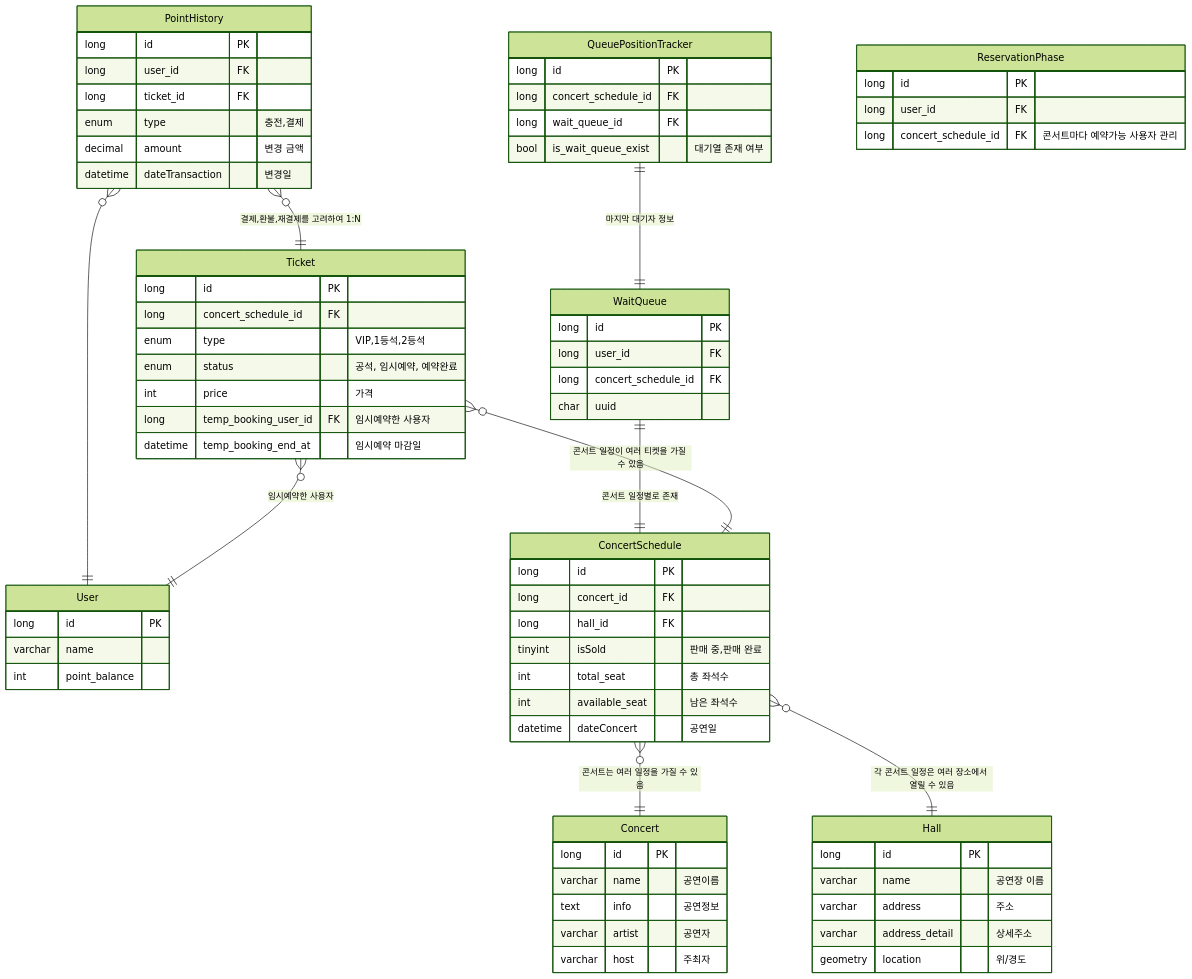
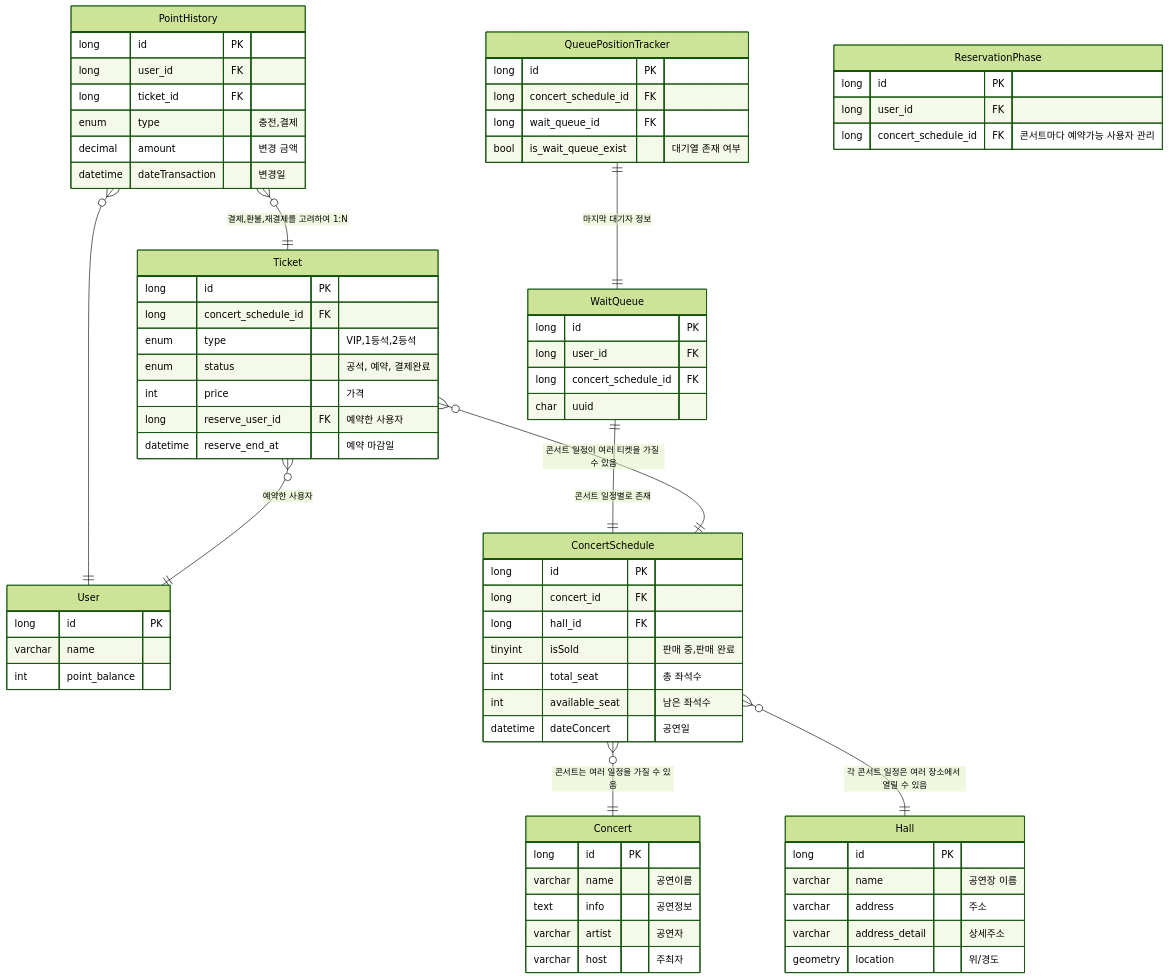
Before and after one commit to chawchaw/concert: the diagram in doc/erd.md, drawn with Mermaid (forest theme). The commit also changed other lines of this file and 14 other files, not shown here.

````diff
--- a/doc/erd.md
+++ b/doc/erd.md
@@ -46,82 +46,82 @@
 ```mermaid
 erDiagram
     User {
         long id PK
         varchar name
         int point_balance
     }
 
     PointHistory {
         long id PK
         long user_id FK
         long ticket_id FK
         enum type "충전,결제"
         decimal amount "변경 금액"
         datetime dateTransaction "변경일"
     }
     PointHistory }o--|| User : ""
     PointHistory }o--|| Ticket : "결제,환불,재결제를 고려하여 1:N"
 
     WaitQueue {
         long id PK
         long user_id FK
         long concert_schedule_id FK
         char uuid
     }
     WaitQueue ||--|| ConcertSchedule : "콘서트 일정별로 존재"
 
     QueuePositionTracker {
         long id PK
         long concert_schedule_id FK
         long wait_queue_id FK
         bool is_wait_queue_exist "대기열 존재 여부"
     }
     QueuePositionTracker ||--|| WaitQueue : "마지막 대기자 정보"
 
     ReservationPhase {
         long id PK
         long user_id FK
         long concert_schedule_id FK "콘서트마다 예약가능 사용자 관리"
     }
 
     Hall {
         long id PK
         varchar name "공연장 이름"
         varchar address "주소"
         varchar address_detail "상세주소"
         geometry location "위/경도"
     }
 
     Concert {
         long id PK
         varchar name "공연이름"
         text info "공연정보"
         varchar artist "공연자"
         varchar host "주최자"
     }
 
     ConcertSchedule {
         long id PK
         long concert_id FK
         long hall_id FK
         tinyint isSold "판매 중,판매 완료"
         int total_seat "총 좌석수"
         int available_seat "남은 좌석수"
         datetime dateConcert "공연일"
     }
     ConcertSchedule }o--|| Concert : "콘서트는 여러 일정을 가질 수 있음"
     ConcertSchedule }o--|| Hall : "각 콘서트 일정은 여러 장소에서 열릴 수 있음"
 
     Ticket {
         long id PK
         long concert_schedule_id FK
         enum type "VIP,1등석,2등석"
-        enum status "공석, 임시예약, 예약완료"
+        enum status "공석, 예약, 결제완료"
         int price "가격"
-        long temp_booking_user_id FK "임시예약한 사용자"
-        datetime temp_booking_end_at "임시예약 마감일"
+        long reserve_user_id FK "예약한 사용자"
+        datetime reserve_end_at "예약 마감일"
     }
     Ticket }o--|| ConcertSchedule : "콘서트 일정이 여러 티켓을 가질 수 있음"
-    Ticket }o--|| User : "임시예약한 사용자"
+    Ticket }o--|| User : "예약한 사용자"
 
 ```
````
